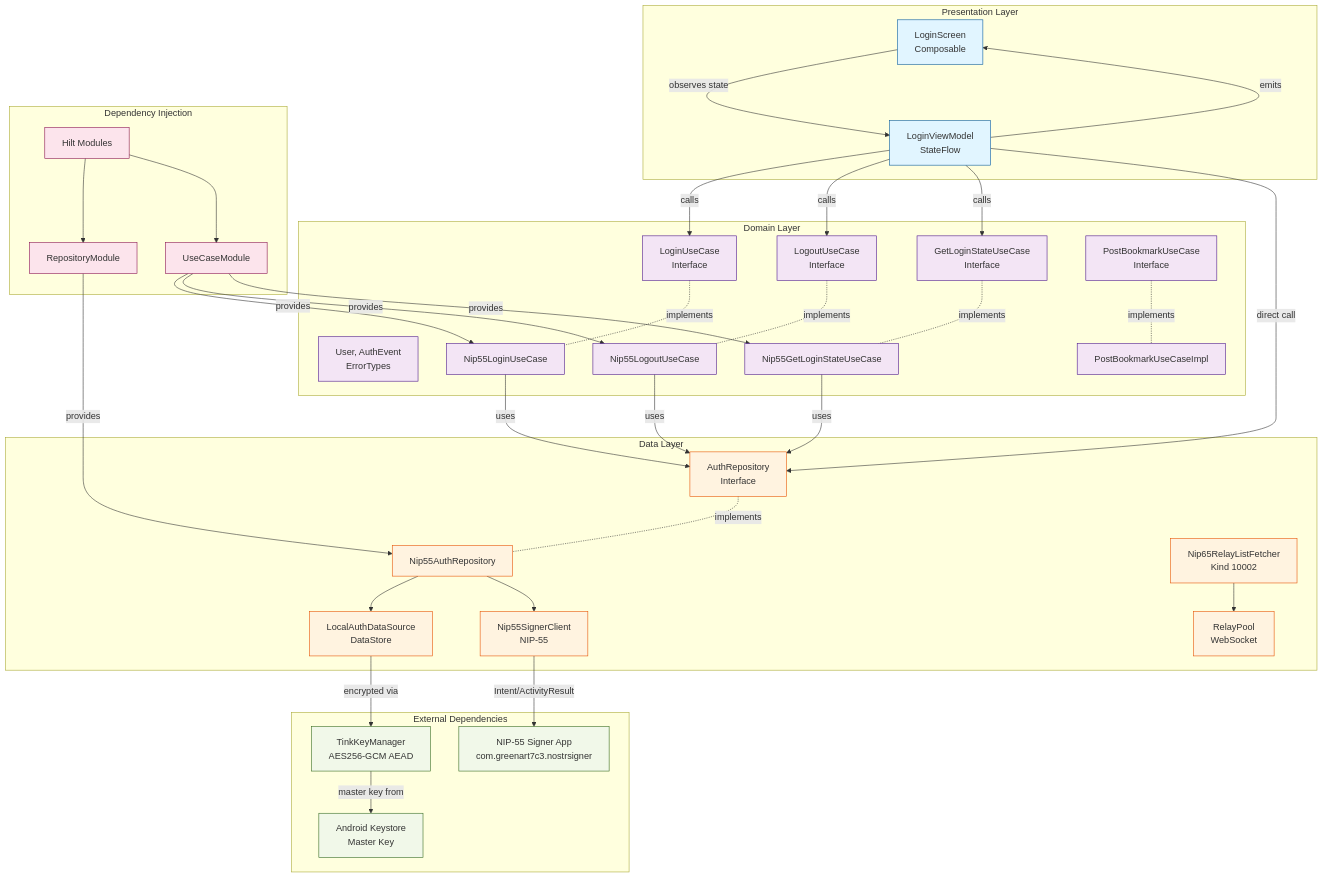
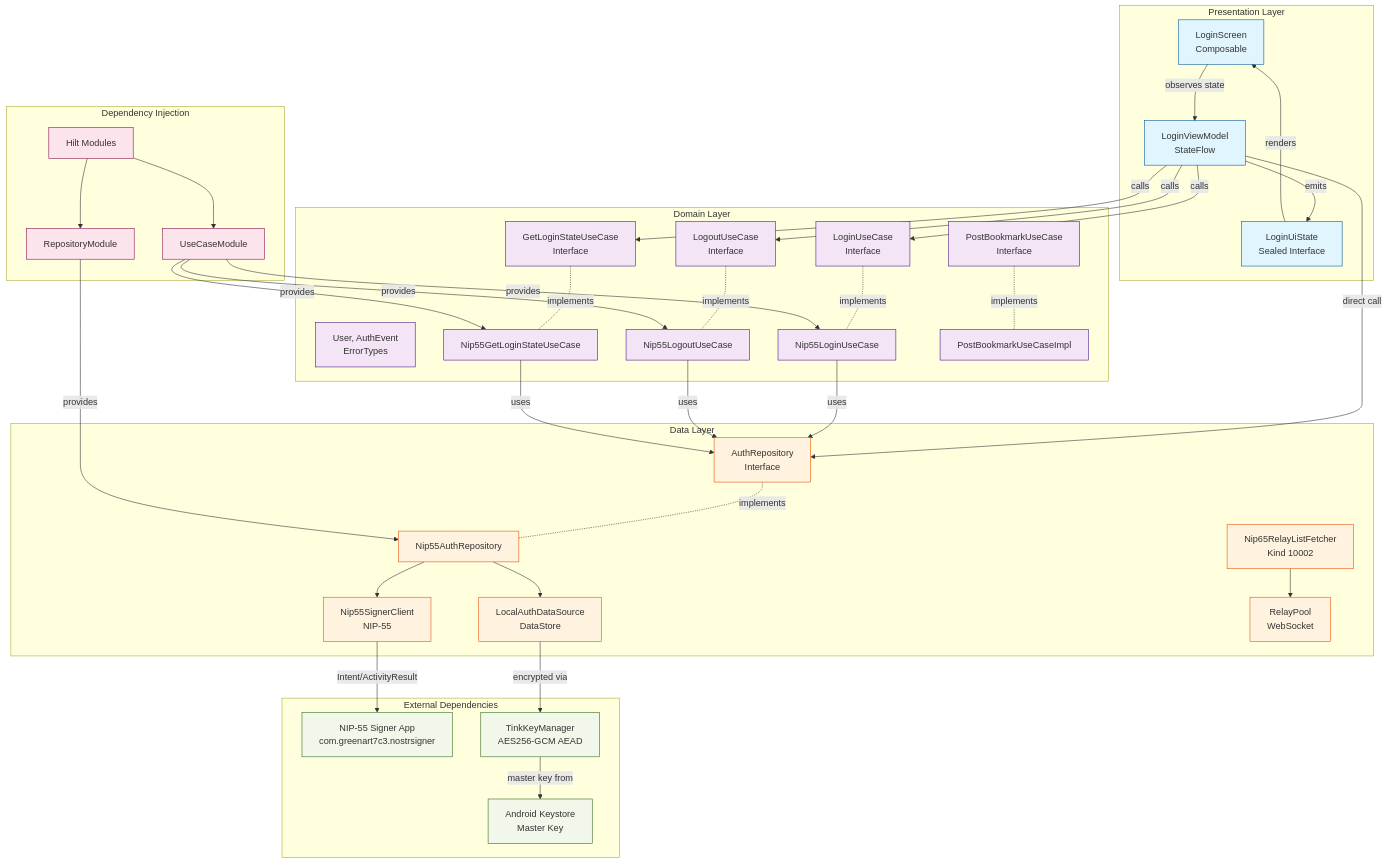
One commit to Omochice/Pinosu changed the diagram in .kiro/steering/structure.md. Above: the diagram before and after it, drawn with Mermaid. The commit also changed other lines of this file and 1 other file, not shown here.

```diff
--- a/.kiro/steering/structure.md
+++ b/.kiro/steering/structure.md
@@ -12,8 +12,10 @@
     subgraph "Presentation Layer"
         UI[LoginScreen<br/>Composable]
         VM[LoginViewModel<br/>StateFlow]
+        State[LoginUiState<br/>Sealed Interface]
         UI -->|observes state| VM
-        VM -->|emits| UI
+        VM -->|emits| State
+        State -->|renders| UI
     end
 
     subgraph "Domain Layer"
@@ -82,7 +84,7 @@
     classDef external fill:#f1f8e9,stroke:#33691e
     classDef di fill:#fce4ec,stroke:#880e4f
 
-    class UI,VM presentation
+    class UI,VM,State presentation
     class UC_Login,UC_Logout,UC_GetState,UC_PostBookmark,UC_Login_Impl,UC_Logout_Impl,UC_GetState_Impl,UC_PostBookmark_Impl,Model domain
     class Repo,RepoImpl,LocalDS,Nip55Client,Nip65Fetcher,RelayPool data
     class Nip55Signer,TinkKeyManager,AndroidKeystore external
```
